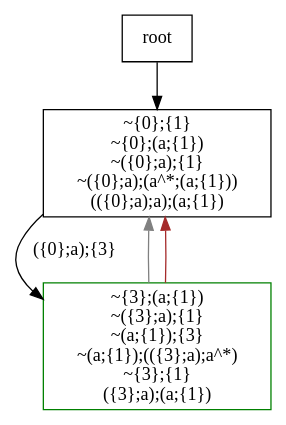
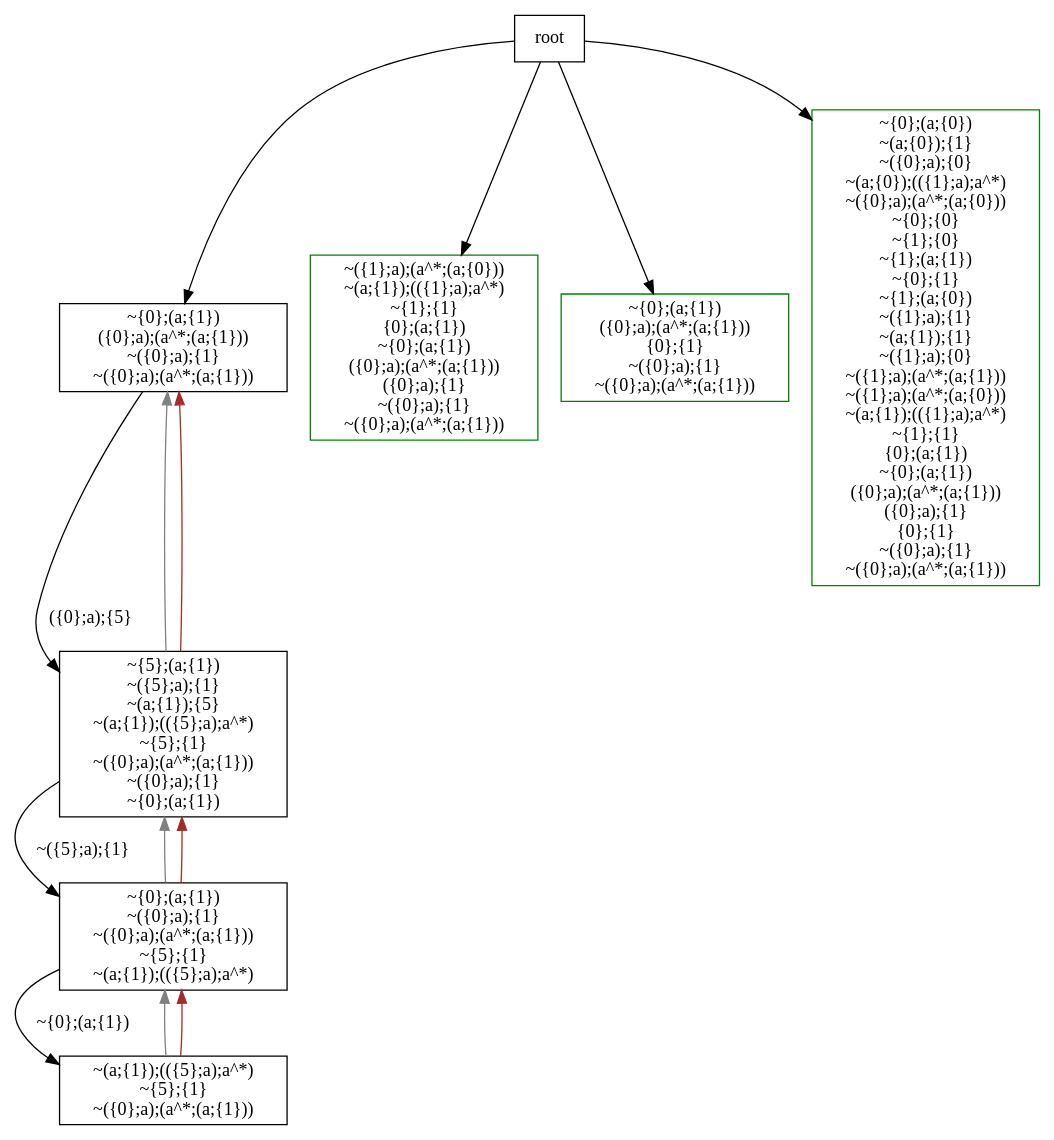
Before and after one commit to jangreen/rat: the diagram in output/test2.dot, drawn with Graphviz. The commit also changed 4 other files, not shown here.

```diff
--- a/output/test2.dot
+++ b/output/test2.dot
@@ -1,21 +1,84 @@
 digraph {
 node[shape="box"]
-N0x158f04c00[label="~{0};{1}
-~{0};(a;{1})
+N0x15b620840[label="~{0};(a;{1})
+({0};a);(a^*;(a;{1}))
 ~({0};a);{1}
 ~({0};a);(a^*;(a;{1}))
-(({0};a);a);(a;{1})
 "];
-N0x158f04c00 -> N0x158f0ad30[label="({0};a);{3}
+N0x15b620840 -> N0x15c907ff0[label="({0};a);{5}
 "];
-N0x158f0ad30[label="~{3};(a;{1})
-~({3};a);{1}
-~(a;{1});{3}
-~(a;{1});(({3};a);a^*)
-~{3};{1}
-({3};a);(a;{1})
+N0x15c907ff0[label="~{5};(a;{1})
+~({5};a);{1}
+~(a;{1});{5}
+~(a;{1});(({5};a);a^*)
+~{5};{1}
+~({0};a);(a^*;(a;{1}))
+~({0};a);{1}
+~{0};(a;{1})
+"];
+N0x15c907ff0 -> N0x15ca06270[label="~({5};a);{1}
+"];
+N0x15c907ff0 -> N0x15b620840[color="grey"];
+N0x15c907ff0 -> N0x15b620840[color="brown"];
+N0x15ca06270[label="~{0};(a;{1})
+~({0};a);{1}
+~({0};a);(a^*;(a;{1}))
+~{5};{1}
+~(a;{1});(({5};a);a^*)
+"];
+N0x15ca06270 -> N0x15ca066e0[label="~{0};(a;{1})
+"];
+N0x15ca06270 -> N0x15c907ff0[color="grey"];
+N0x15ca06270 -> N0x15c907ff0[color="brown"];
+N0x15ca066e0[label="~(a;{1});(({5};a);a^*)
+~{5};{1}
+~({0};a);(a^*;(a;{1}))
+"];
+N0x15ca066e0 -> N0x15ca06270[color="grey"];
+N0x15ca066e0 -> N0x15ca06270[color="brown"];
+root -> N0x15b620840;
+N0x15b613370[label="~({1};a);(a^*;(a;{0}))
+~(a;{1});(({1};a);a^*)
+~{1};{1}
+{0};(a;{1})
+~{0};(a;{1})
+({0};a);(a^*;(a;{1}))
+({0};a);{1}
+~({0};a);{1}
+~({0};a);(a^*;(a;{1}))
 ", color=green];
-N0x158f0ad30 -> N0x158f04c00[color="grey"];
-N0x158f0ad30 -> N0x158f04c00[color="brown"];
-root -> N0x158f04c00;
+root -> N0x15b613370;
+N0x15b61db40[label="~{0};(a;{1})
+({0};a);(a^*;(a;{1}))
+{0};{1}
+~({0};a);{1}
+~({0};a);(a^*;(a;{1}))
+", color=green];
+root -> N0x15b61db40;
+N0x15b644ab0[label="~{0};(a;{0})
+~(a;{0});{1}
+~({0};a);{0}
+~(a;{0});(({1};a);a^*)
+~({0};a);(a^*;(a;{0}))
+~{0};{0}
+~{1};{0}
+~{1};(a;{1})
+~{0};{1}
+~{1};(a;{0})
+~({1};a);{1}
+~(a;{1});{1}
+~({1};a);{0}
+~({1};a);(a^*;(a;{1}))
+~({1};a);(a^*;(a;{0}))
+~(a;{1});(({1};a);a^*)
+~{1};{1}
+{0};(a;{1})
+~{0};(a;{1})
+({0};a);(a^*;(a;{1}))
+({0};a);{1}
+{0};{1}
+~({0};a);{1}
+~({0};a);(a^*;(a;{1}))
+", color=green];
+root -> N0x15b644ab0;
 }
```
